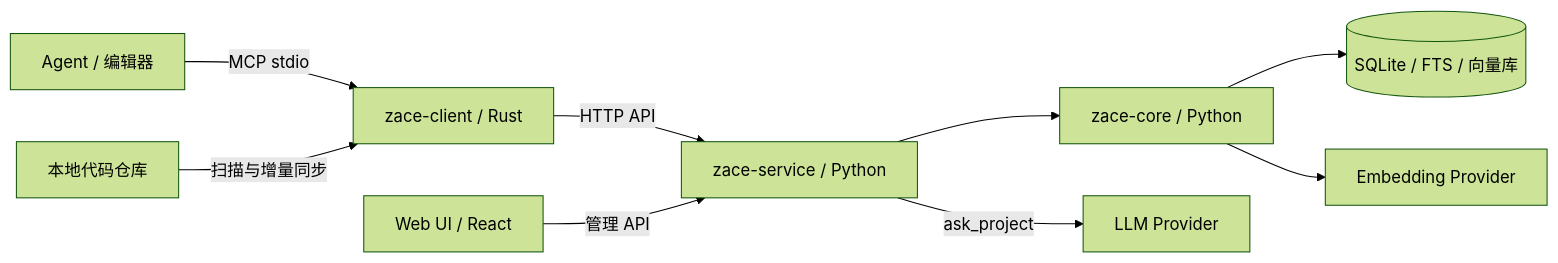
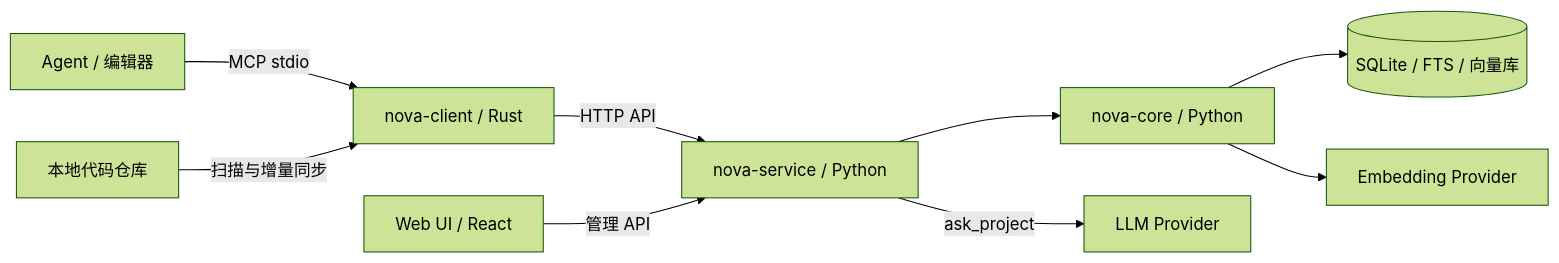
The first of 2 diagrams in docs/architecture/README.md (baoanaz/nova), drawn with Mermaid (forest theme) before and after one commit. The commit also changed other lines of this file and 455 other files, not shown here.

````diff
--- a/docs/architecture/README.md
+++ b/docs/architecture/README.md
@@ -9,11 +9,11 @@
 ```mermaid
 flowchart LR
-    A[Agent / 编辑器] -->|MCP stdio| C[zace-client / Rust]
+    A[Agent / 编辑器] -->|MCP stdio| C[nova-client / Rust]
     R[本地代码仓库] -->|扫描与增量同步| C
-    C -->|HTTP API| S[zace-service / Python]
+    C -->|HTTP API| S[nova-service / Python]
     W[Web UI / React] -->|管理 API| S
-    S --> E[zace-core / Python]
+    S --> E[nova-core / Python]
     E --> D[(SQLite / FTS / 向量库)]
     E --> V[Embedding Provider]
     S -->|ask_project| L[LLM Provider]
 ```
````
